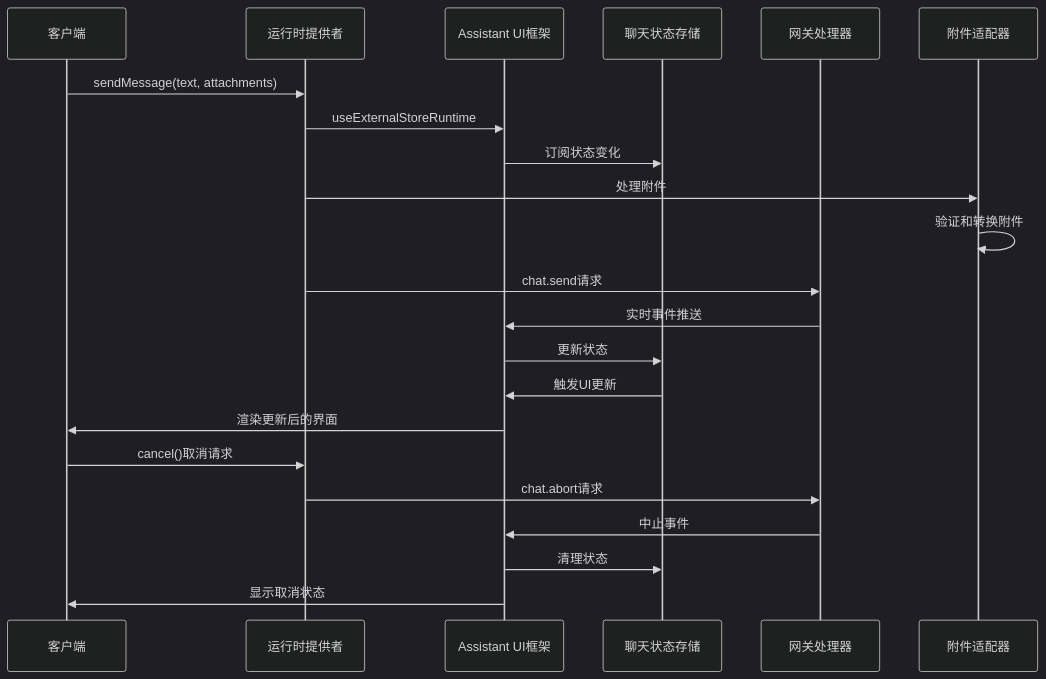
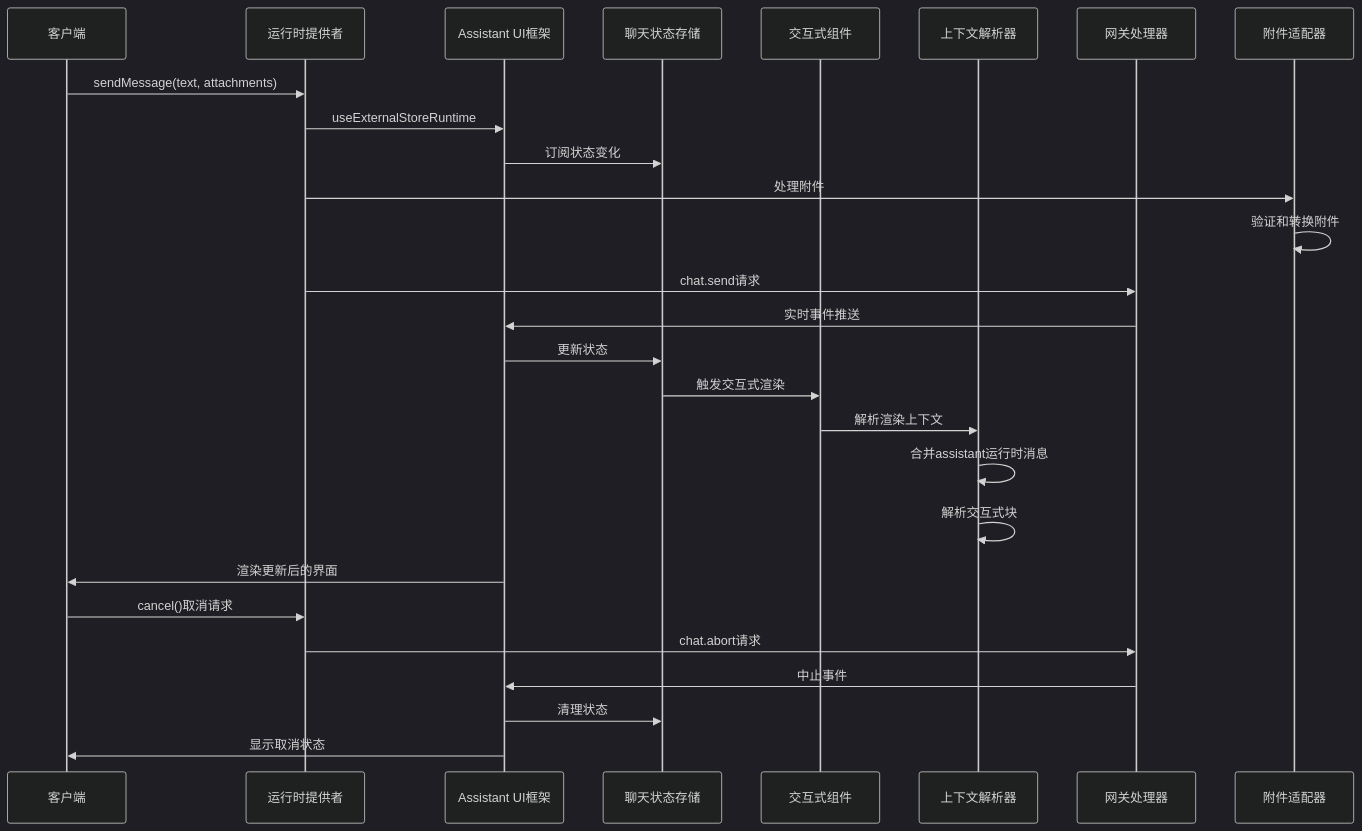
Before and after one commit to verse-ai-org/openclaw: the second of 37 diagrams in .qoder/repowiki/zh/content/Web界面/WebChat界面/聊天运行时提供者增强/聊天运行时提供者增强.md, drawn with Mermaid (dark theme). The commit also changed other lines of this file and 95 other files, not shown here.

````diff
--- a/.qoder/repowiki/zh/content/Web界面/WebChat界面/聊天运行时提供者增强/聊天运行时提供者增强.md
+++ b/.qoder/repowiki/zh/content/Web界面/WebChat界面/聊天运行时提供者增强/聊天运行时提供者增强.md
@@ -238,24 +256,29 @@
 ```mermaid
 sequenceDiagram
 participant Client as 客户端
 participant RuntimeProvider as 运行时提供者
 participant AssistantUI as Assistant UI框架
 participant ChatStore as 聊天状态存储
+participant InteractiveParts as 交互式组件
+participant ResolveContext as 上下文解析器
 participant Gateway as 网关处理器
 participant AttachmentAdapter as 附件适配器
 Client->>RuntimeProvider : sendMessage(text, attachments)
 RuntimeProvider->>AssistantUI : useExternalStoreRuntime
 AssistantUI->>ChatStore : 订阅状态变化
 RuntimeProvider->>AttachmentAdapter : 处理附件
 AttachmentAdapter->>AttachmentAdapter : 验证和转换附件
 RuntimeProvider->>Gateway : chat.send请求
 Gateway->>AssistantUI : 实时事件推送
 AssistantUI->>ChatStore : 更新状态
-ChatStore->>AssistantUI : 触发UI更新
+ChatStore->>InteractiveParts : 触发交互式渲染
+InteractiveParts->>ResolveContext : 解析渲染上下文
+ResolveContext->>ResolveContext : 合并assistant运行时消息
+ResolveContext->>ResolveContext : 解析交互式块
 AssistantUI->>Client : 渲染更新后的界面
 Client->>RuntimeProvider : cancel()取消请求
 RuntimeProvider->>Gateway : chat.abort请求
 Gateway->>AssistantUI : 中止事件
 AssistantUI->>ChatStore : 清理状态
 AssistantUI->>Client : 显示取消状态
 ```
````
